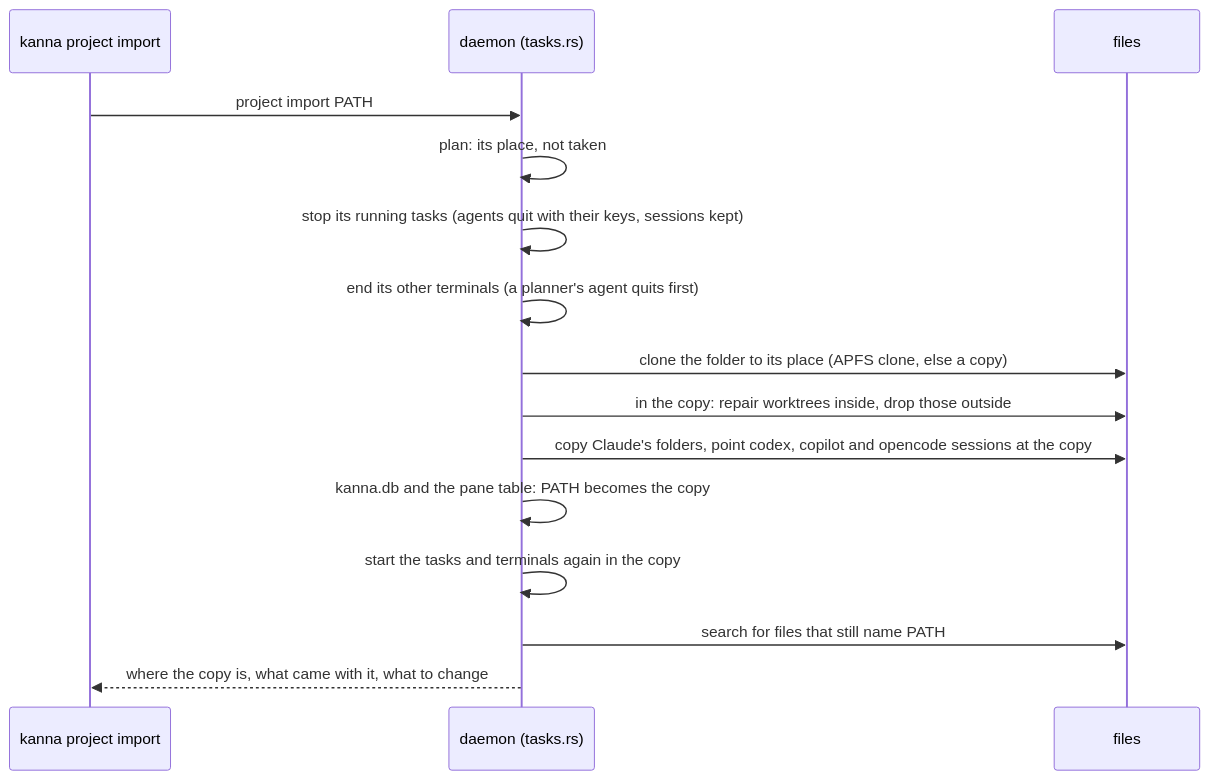
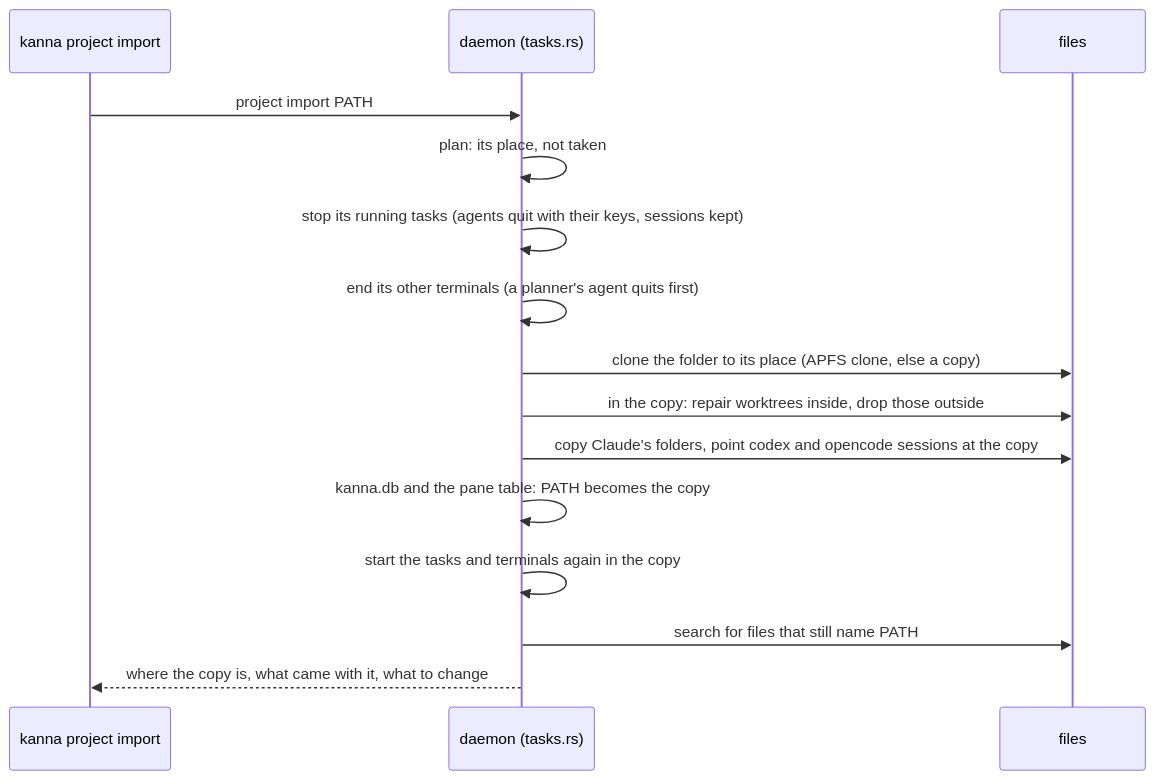
The second of 2 diagrams in docs/specs/project-folder.md (tampopogk/kanna), drawn with Mermaid before and after one commit. The commit also changed other lines of this file and 14 other files, not shown here.

Commit message:
Specs: agent status comes only from OSC 7501; Kanna's agents are claude, codex, opencode and agy, gated by version; copilot and the screen rules go

````diff
--- a/docs/specs/project-folder.md
+++ b/docs/specs/project-folder.md
@@ -90,17 +90,17 @@
 ```mermaid
 sequenceDiagram
     participant C as kanna project import
     participant D as daemon (tasks.rs)
     participant F as files
     C->>D: project import PATH
     D->>D: plan: its place, not taken
     D->>D: stop its running tasks (agents quit with their keys, sessions kept)
     D->>D: end its other terminals (a planner's agent quits first)
     D->>F: clone the folder to its place (APFS clone, else a copy)
     D->>F: in the copy: repair worktrees inside, drop those outside
-    D->>F: copy Claude's folders, point codex, copilot and opencode sessions at the copy
+    D->>F: copy Claude's folders, point codex and opencode sessions at the copy
     D->>D: kanna.db and the pane table: PATH becomes the copy
     D->>D: start the tasks and terminals again in the copy
     D->>F: search for files that still name PATH
     D-->>C: where the copy is, what came with it, what to change
 ```
````
